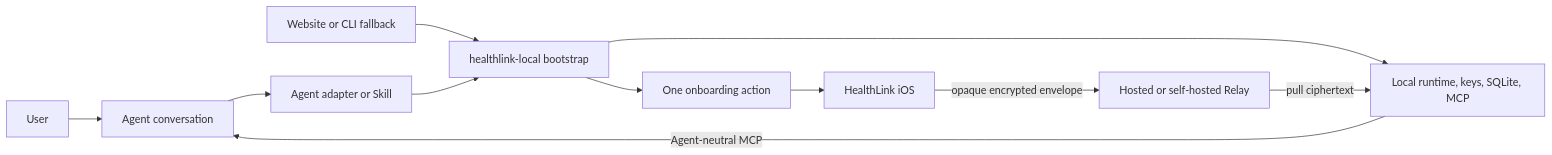
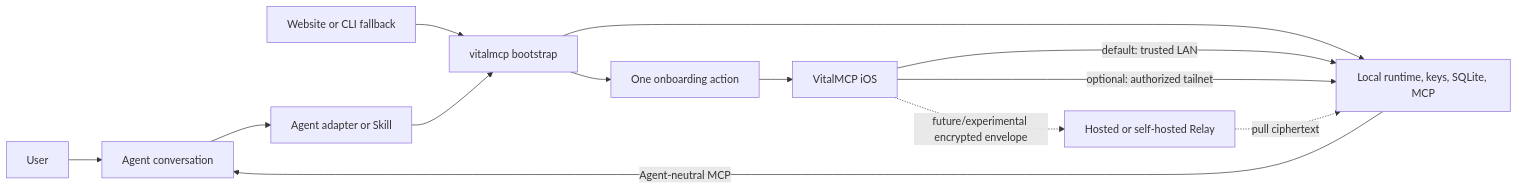
The diagram in docs/agent-first-onboarding.md (Coooder-Crypto/vital-agent-sync), drawn with Mermaid before and after one commit. The commit also changed other lines of this file and 74 other files, not shown here.

Commit message:
Product: make LAN and Tailscale the default path

````diff
--- a/docs/agent-first-onboarding.md
+++ b/docs/agent-first-onboarding.md
@@ -98,13 +98,15 @@
 ```mermaid
 flowchart LR
   user["User"] --> chat["Agent conversation"]
   chat --> adapter["Agent adapter or Skill"]
-  website["Website or CLI fallback"] --> bootstrap["healthlink-local bootstrap"]
+  website["Website or CLI fallback"] --> bootstrap["vitalmcp bootstrap"]
   adapter --> bootstrap
   bootstrap --> runtime["Local runtime, keys, SQLite, MCP"]
   bootstrap --> handoff["One onboarding action"]
-  handoff --> ios["HealthLink iOS"]
-  ios -->|"opaque encrypted envelope"| relay["Hosted or self-hosted Relay"]
-  relay -->|"pull ciphertext"| runtime
+  handoff --> ios["VitalMCP iOS"]
+  ios -->|"default: trusted LAN"| runtime
+  ios -->|"optional: authorized tailnet"| runtime
+  ios -.->|"future/experimental encrypted envelope"| relay["Hosted or self-hosted Relay"]
+  relay -.->|"pull ciphertext"| runtime
   runtime -->|"Agent-neutral MCP"| chat
 ```
````
